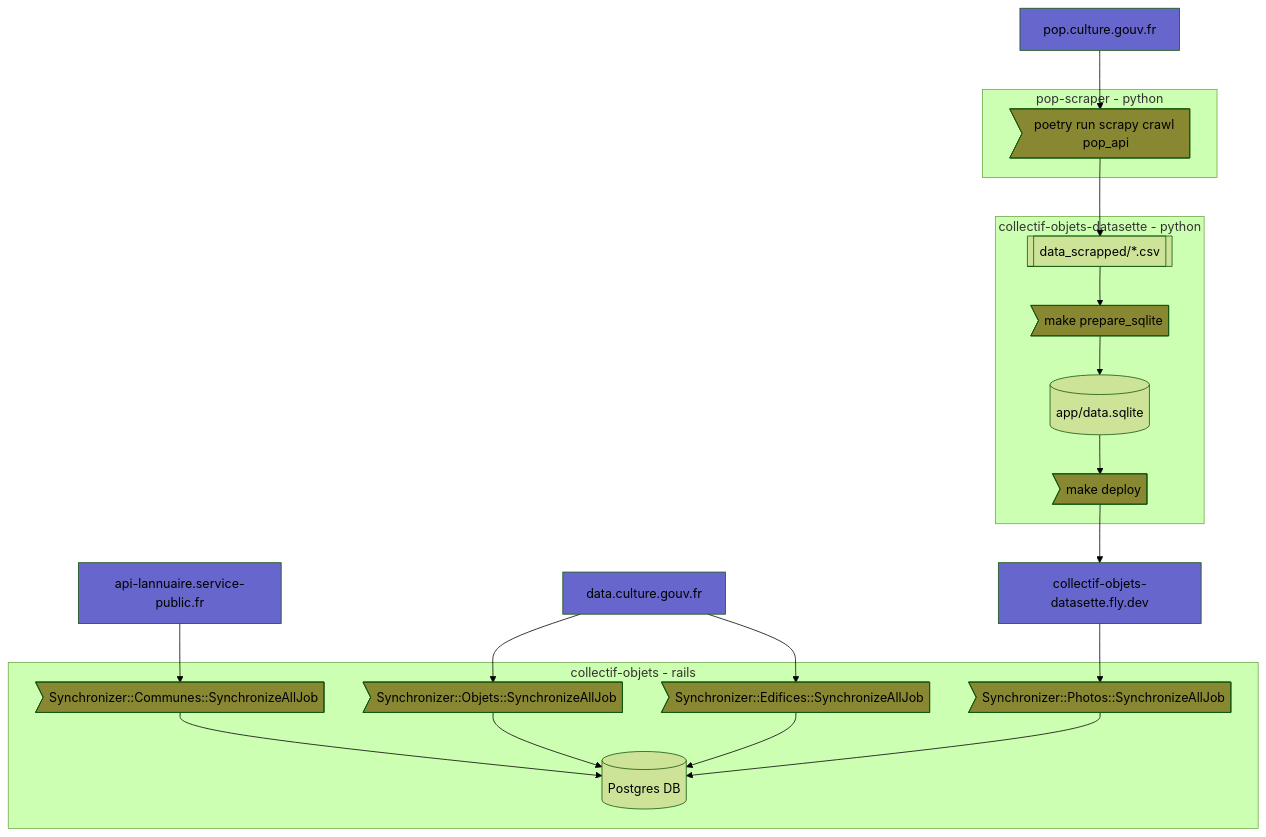
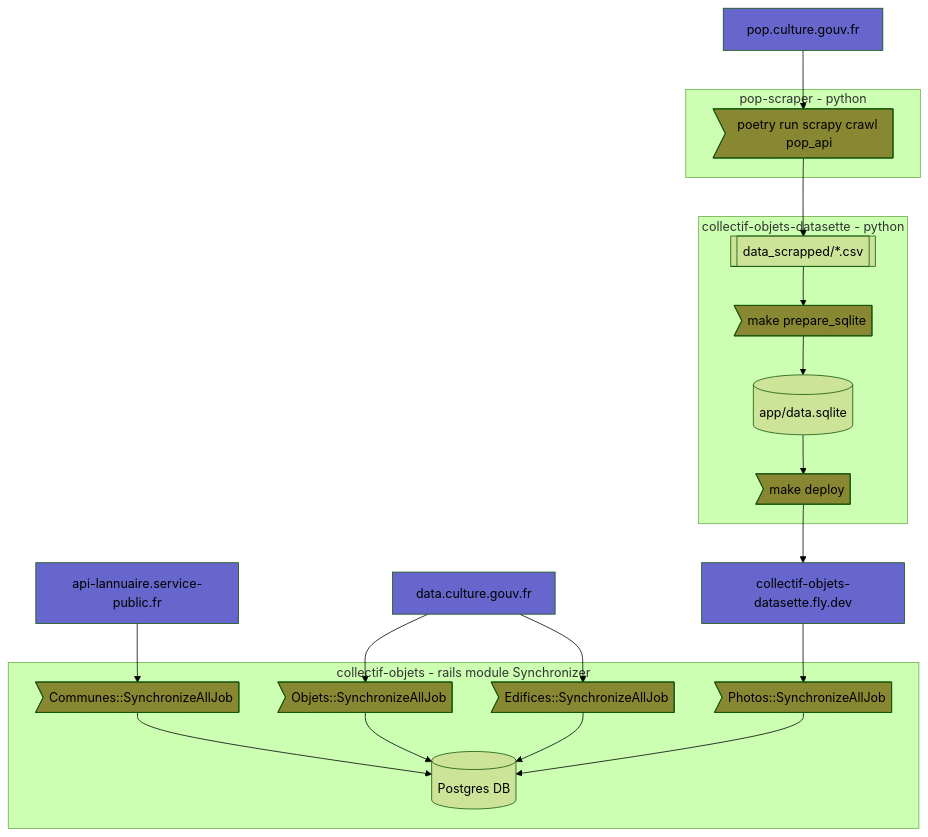
One commit to betagouv/collectif-objets changed the third of 4 diagrams in README.md. Above: the diagram before and after it, drawn with Mermaid (forest theme). The commit also changed other lines of this file, not shown here.

Commit message:
Ajout d’une section de détails sur l’organisation des modules Synchronizer

````diff
--- a/README.md
+++ b/README.md
@@ -475,61 +476,60 @@
 ```mermaid
 flowchart TB
 
 api_service_public[api-lannuaire.service-public.fr]
 api_data_culture_gouv[data.culture.gouv.fr]
 pop[pop.culture.gouv.fr]
 fly[collectif-objets-datasette.fly.dev]
-
 
 subgraph scraper[pop-scraper - python]
   scraper_run>poetry run scrapy crawl pop_api]
 end
 
 subgraph datasette[collectif-objets-datasette - python]
   datasette_run_sqlite>make prepare_sqlite]
   datasette_run_deploy>make deploy]
   csvs[[data_scrapped/*.csv]]
   sqlite[(app/data.sqlite)]
 end
 
-subgraph rails[collectif-objets - rails]
-  rails_run_edifices>Synchronizer::Edifices::SynchronizeAllJob]
-  rails_run_objets>Synchronizer::Objets::SynchronizeAllJob]
-  rails_run_communes>Synchronizer::Communes::SynchronizeAllJob]
-  rails_run_photos>Synchronizer::Photos::SynchronizeAllJob]
+subgraph rails[collectif-objets - rails module Synchronizer]
+  rails_run_edifices>Edifices::SynchronizeAllJob]
+  rails_run_objets>Objets::SynchronizeAllJob]
+  rails_run_communes>Communes::SynchronizeAllJob]
+  rails_run_photos>Photos::SynchronizeAllJob]
   postgres[(Postgres DB)]
 end
 
 pop --> scraper_run
 scraper_run --> csvs
 
 csvs --> datasette_run_sqlite
 datasette_run_sqlite --> sqlite
 sqlite --> datasette_run_deploy
 datasette_run_deploy --> fly
 
 api_data_culture_gouv --> rails_run_objets
 rails_run_objets --> postgres
 
 api_service_public --> rails_run_communes
 rails_run_communes --> postgres
 
 api_data_culture_gouv --> rails_run_edifices
 rails_run_edifices --> postgres
 
 fly --> rails_run_photos
 rails_run_photos --> postgres
 
 style pop fill:#6666cc
 style fly fill:#6666cc
 style api_service_public fill:#6666cc
 style api_data_culture_gouv fill:#6666cc
 
 style datasette_run_sqlite fill:#888833
 style datasette_run_deploy fill:#888833
 style rails_run_objets fill:#888833
 style rails_run_communes fill:#888833
 style rails_run_edifices fill:#888833
 style rails_run_photos fill:#888833
 style scraper_run fill:#888833
 ```
````
